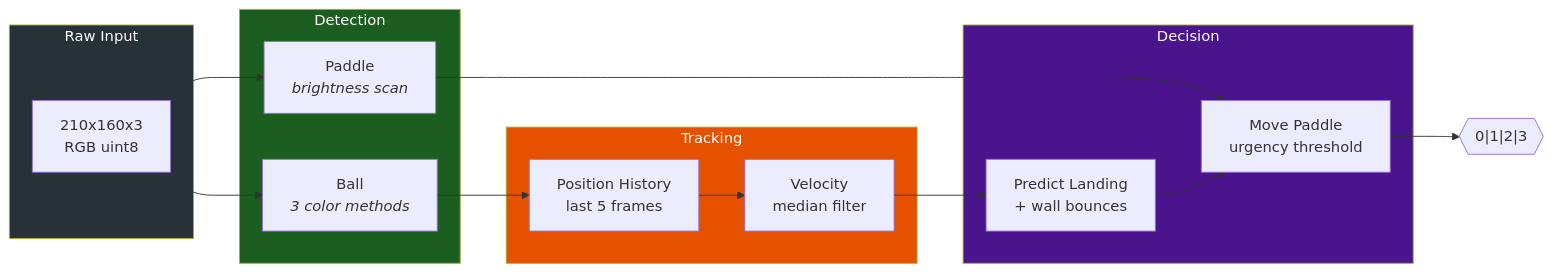
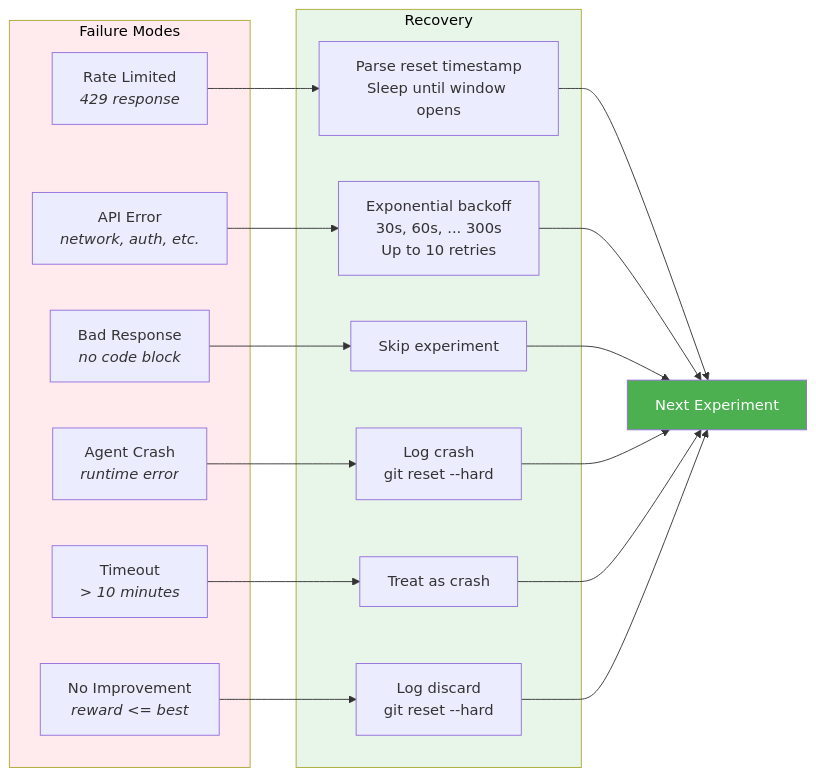
Before and after one commit to shehabyasser-scale/autoresearch-hack: diagram 18 of 21 in atari/README.md, drawn with Mermaid. The commit also changed other lines of this file and 2 other files, not shown here.

First line of the commit message:
feat: auto-record gameplay videos on kept experiments + merge architecture docs into atari README

````diff
--- a/atari/README.md
+++ b/atari/README.md
@@ -312,32 +948,33 @@
 ```mermaid
 flowchart LR
-    subgraph Frame["Raw Input"]
-        F["210x160x3<br/>RGB uint8"]
+    subgraph FAIL["Failure Modes"]
+        F1["Rate Limited<br/><i>429 response</i>"]
+        F2["API Error<br/><i>network, auth, etc.</i>"]
+        F3["Bad Response<br/><i>no code block</i>"]
+        F4["Agent Crash<br/><i>runtime error</i>"]
+        F5["Timeout<br/><i>> 10 minutes</i>"]
+        F6["No Improvement<br/><i>reward <= best</i>"]
     end
 
-    subgraph Detect["Detection"]
-        B["Ball<br/><i>3 color methods</i>"]
-        P["Paddle<br/><i>brightness scan</i>"]
+    subgraph RECOVER["Recovery"]
+        R1["Parse reset timestamp<br/>Sleep until window opens"]
+        R2["Exponential backoff<br/>30s, 60s, ... 300s<br/>Up to 10 retries"]
+        R3["Skip experiment"]
+        R4["Log crash<br/>git reset --hard"]
+        R5["Treat as crash"]
+        R6["Log discard<br/>git reset --hard"]
     end
 
-    subgraph Track["Tracking"]
-        H["Position History<br/>last 5 frames"]
-        V["Velocity<br/>median filter"]
-    end
+    F1 --> R1
+    F2 --> R2
+    F3 --> R3
+    F4 --> R4
+    F5 --> R5
+    F6 --> R6
 
-    subgraph Act["Decision"]
-        T["Predict Landing<br/>+ wall bounces"]
-        M["Move Paddle<br/>urgency threshold"]
-    end
+    R1 & R2 & R3 & R4 & R5 & R6 --> NEXT["Next Experiment"]
 
-    F --> B & P
-    B --> H --> V --> T
-    P --> M
-    T --> M
-    M --> OUT{{"0|1|2|3"}}
-
-    style Frame fill:#263238,color:#fff
-    style Detect fill:#1B5E20,color:#fff
-    style Track fill:#E65100,color:#fff
-    style Act fill:#4A148C,color:#fff
+    style FAIL fill:#FFEBEE,color:#000
+    style RECOVER fill:#E8F5E9,color:#000
+    style NEXT fill:#4CAF50,color:#fff
 ```
````
